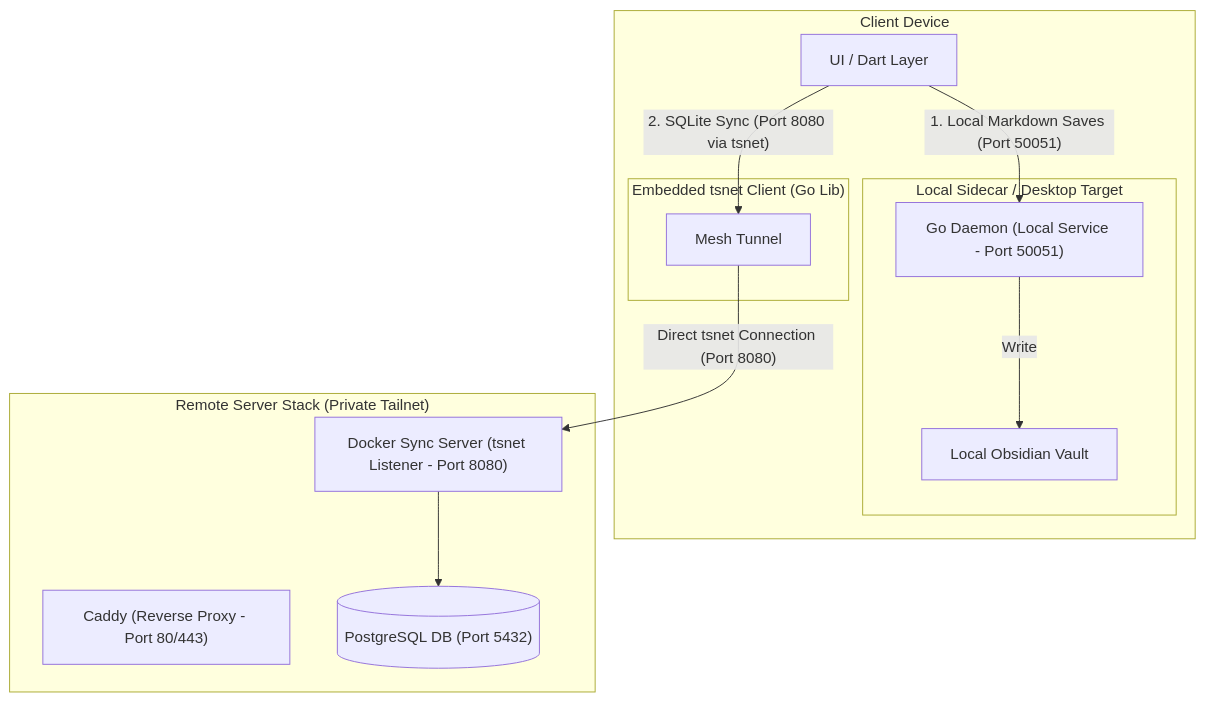
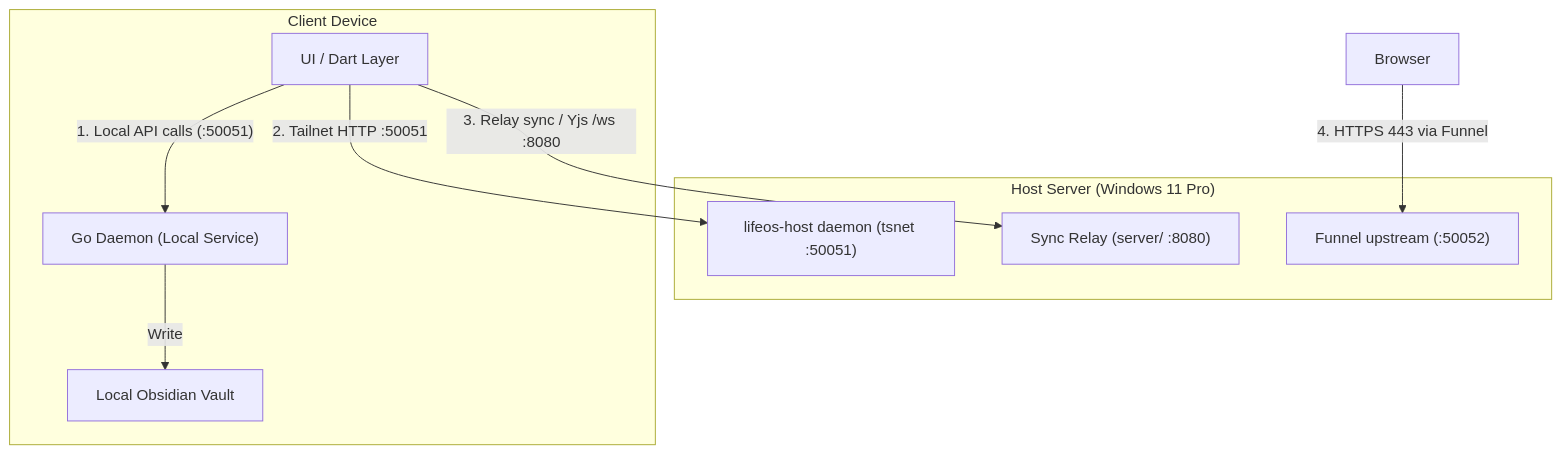
The first of 2 diagrams in vault/04 - LifeOS DevDocs/EMBEDDED_NETWORK.md (Siaftoulis/LifeOS), drawn with Mermaid before and after one commit. The commit also changed other lines of this file and 118 other files, not shown here.

````diff
--- a/vault/04 - LifeOS DevDocs/EMBEDDED_NETWORK.md
+++ b/vault/04 - LifeOS DevDocs/EMBEDDED_NETWORK.md
@@ -15,28 +30,20 @@
 ```mermaid
 graph TD
     subgraph Client ["Client Device"]
         UI["UI / Dart Layer"]
-        
-        subgraph LocalHost ["Local Sidecar / Desktop Target"]
-            Daemon["Go Daemon (Local Service - Port 50051)"]
-            LocalVault["Local Obsidian Vault"]
-        end
-
-        subgraph EmbeddedClient ["Embedded tsnet Client (Go Lib)"]
-            Mesh["Mesh Tunnel"]
-        end
-        
-        UI -->|"1. Local Markdown Saves (Port 50051)"| Daemon
+        Daemon["Go Daemon (Local Service)"]
+        LocalVault["Local Obsidian Vault"]
+        UI -->|"1. Local API calls (:50051)"| Daemon
         Daemon -->|"Write"| LocalVault
     end
 
-    subgraph Server ["Remote Server Stack (Private Tailnet)"]
-        Proxy["Caddy (Reverse Proxy - Port 80/443)"]
-        DockerSync["Docker Sync Server (tsnet Listener - Port 8080)"]
-        DB[("PostgreSQL DB (Port 5432)")]
+    subgraph Server ["Host Server (Windows 11 Pro)"]
+        HostDaemon["lifeos-host daemon (tsnet :50051)"]
+        Funnel["Funnel upstream (:50052)"]
+        Relay["Sync Relay (server/ :8080)"]
     end
 
-    UI -->|"2. SQLite Sync (Port 8080 via tsnet)"| Mesh
-    Mesh -->|"Direct tsnet Connection (Port 8080)"| DockerSync
-    DockerSync --> DB
+    UI -->|"2. Tailnet HTTP :50051"| HostDaemon
+    UI -->|"3. Relay sync / Yjs /ws :8080"| Relay
+    Browser -->|"4. HTTPS 443 via Funnel"| Funnel
 ```
````
